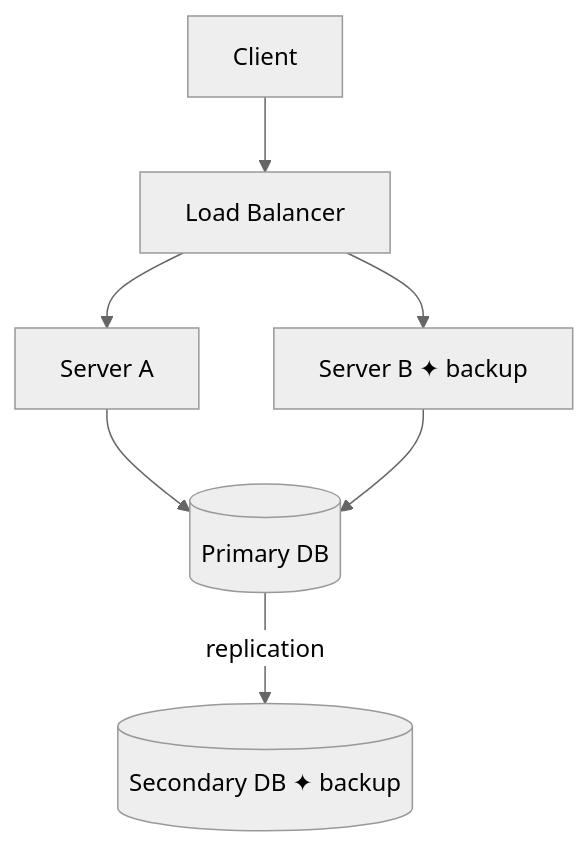
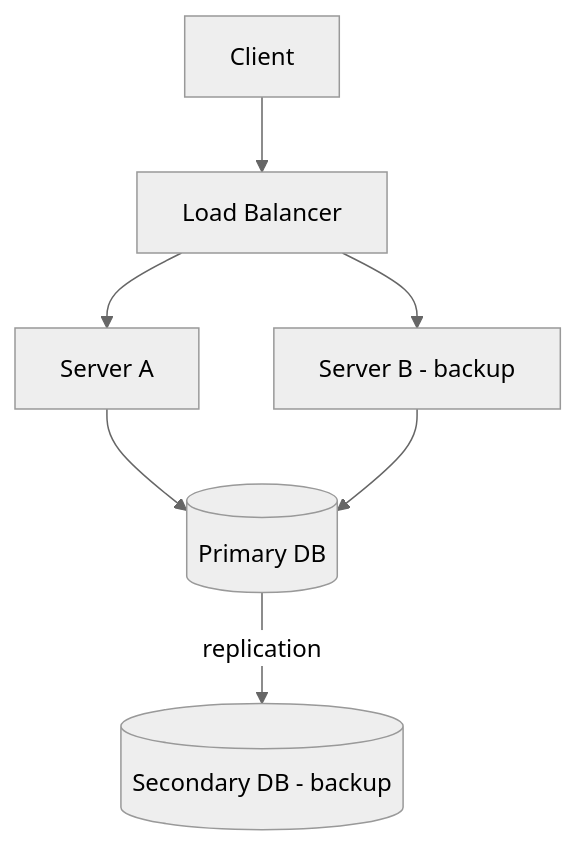
One commit to jaugustodev/software-engineering-content changed diagram 14 of 19 in system-design/fundamentals/questions.md. Above: the diagram before and after it, drawn with Mermaid (neutral theme). The commit also changed other lines of this file and 5 other files, not shown here.

````diff
--- a/system-design/fundamentals/questions.md
+++ b/system-design/fundamentals/questions.md
@@ -13,9 +451,9 @@
 ```mermaid
 graph TD
     Client --> LB[Load Balancer]
     LB --> A[Server A]
-    LB --> B[Server B ✦ backup]
+    LB --> B[Server B - backup]
     A --> DB1[(Primary DB)]
     B --> DB1
-    DB1 -- replication --> DB2[(Secondary DB ✦ backup)]
+    DB1 -- replication --> DB2[(Secondary DB - backup)]
 ```
````
